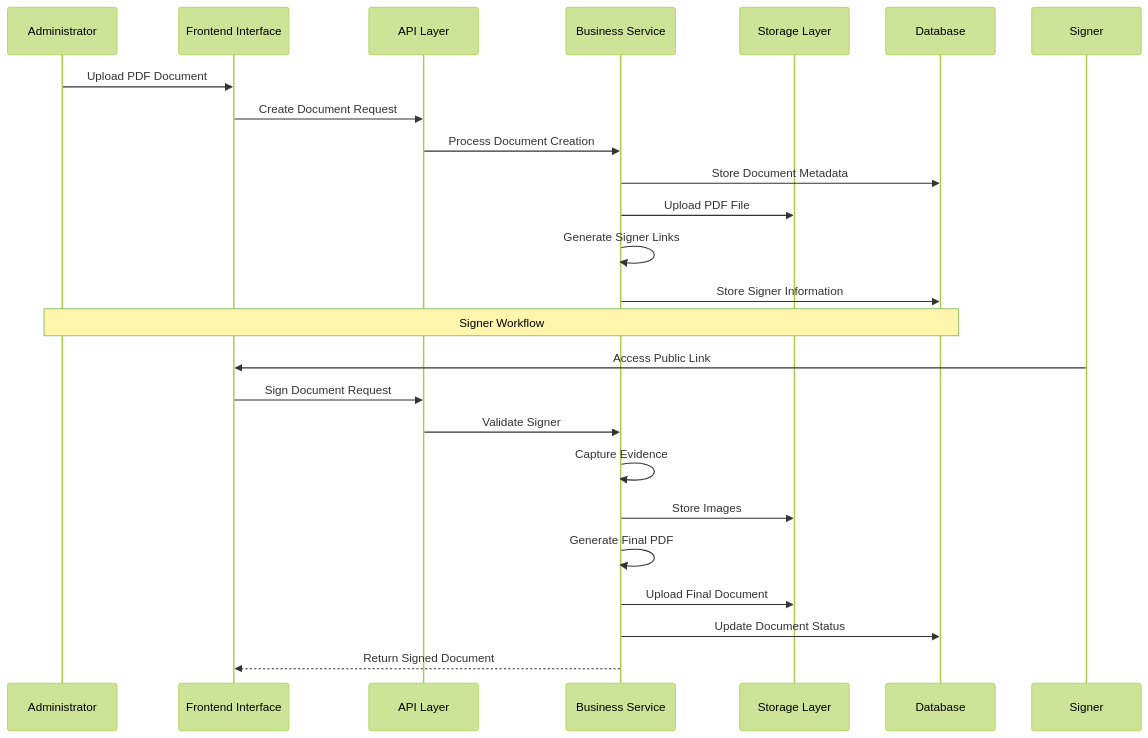
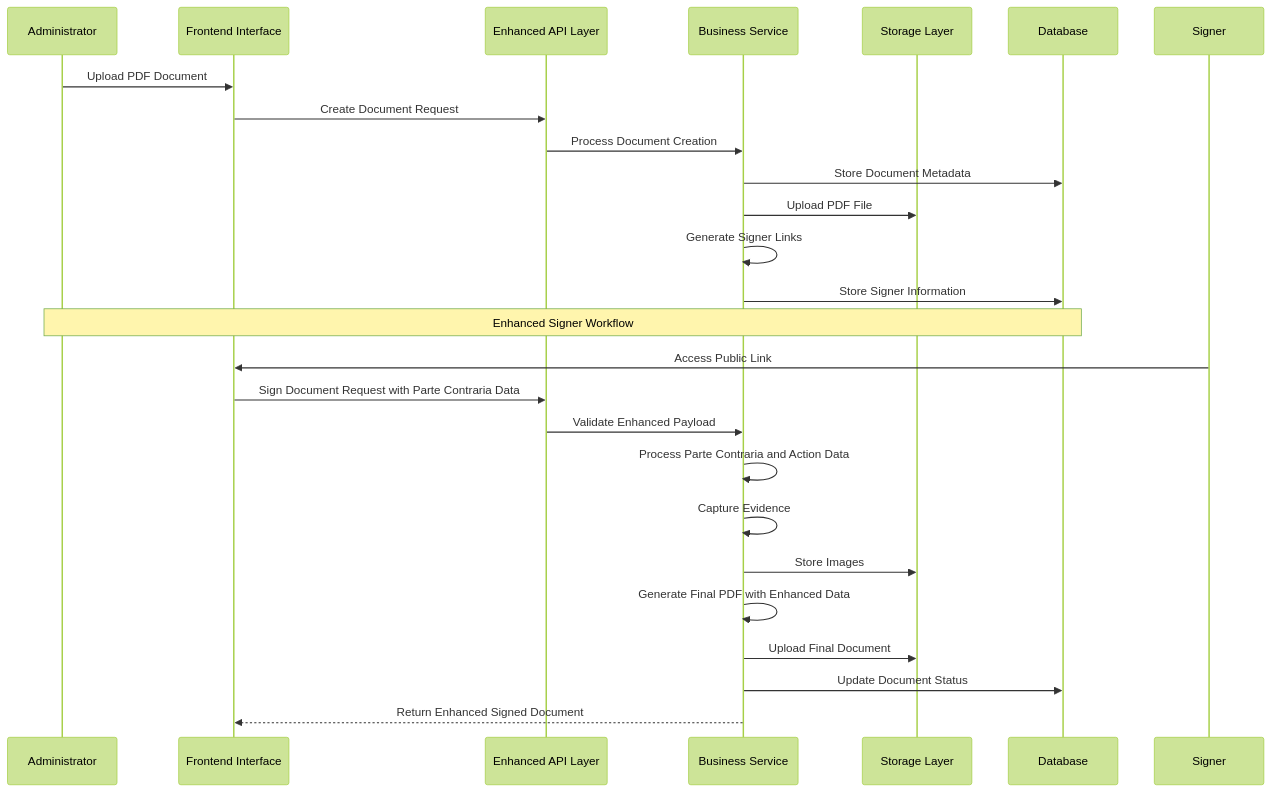
The second of 17 diagrams in .qoder/repowiki/en/content/Document Management and AI Editor/Digital Signature Workflows.md (SinesysTech/zattar-os), drawn with Mermaid (forest theme) before and after one commit. The commit also changed other lines of this file and 103 other files, not shown here.

````diff
--- a/.qoder/repowiki/en/content/Document Management and AI Editor/Digital Signature Workflows.md
+++ b/.qoder/repowiki/en/content/Document Management and AI Editor/Digital Signature Workflows.md
@@ -163,26 +174,27 @@
 ```mermaid
 sequenceDiagram
 participant Admin as Administrator
 participant UI as Frontend Interface
-participant API as API Layer
+participant API as Enhanced API Layer
 participant Service as Business Service
 participant Storage as Storage Layer
 participant DB as Database
 Admin->>UI : Upload PDF Document
 UI->>API : Create Document Request
 API->>Service : Process Document Creation
 Service->>DB : Store Document Metadata
 Service->>Storage : Upload PDF File
 Service->>Service : Generate Signer Links
 Service->>DB : Store Signer Information
-Note over Admin,DB : Signer Workflow
+Note over Admin,DB : Enhanced Signer Workflow
 Signer->>UI : Access Public Link
-UI->>API : Sign Document Request
-API->>Service : Validate Signer
+UI->>API : Sign Document Request with Parte Contraria Data
+API->>Service : Validate Enhanced Payload
+Service->>Service : Process Parte Contraria and Action Data
 Service->>Service : Capture Evidence
 Service->>Storage : Store Images
-Service->>Service : Generate Final PDF
+Service->>Service : Generate Final PDF with Enhanced Data
 Service->>Storage : Upload Final Document
 Service->>DB : Update Document Status
-Service-->>UI : Return Signed Document
+Service-->>UI : Return Enhanced Signed Document
 ```
````
